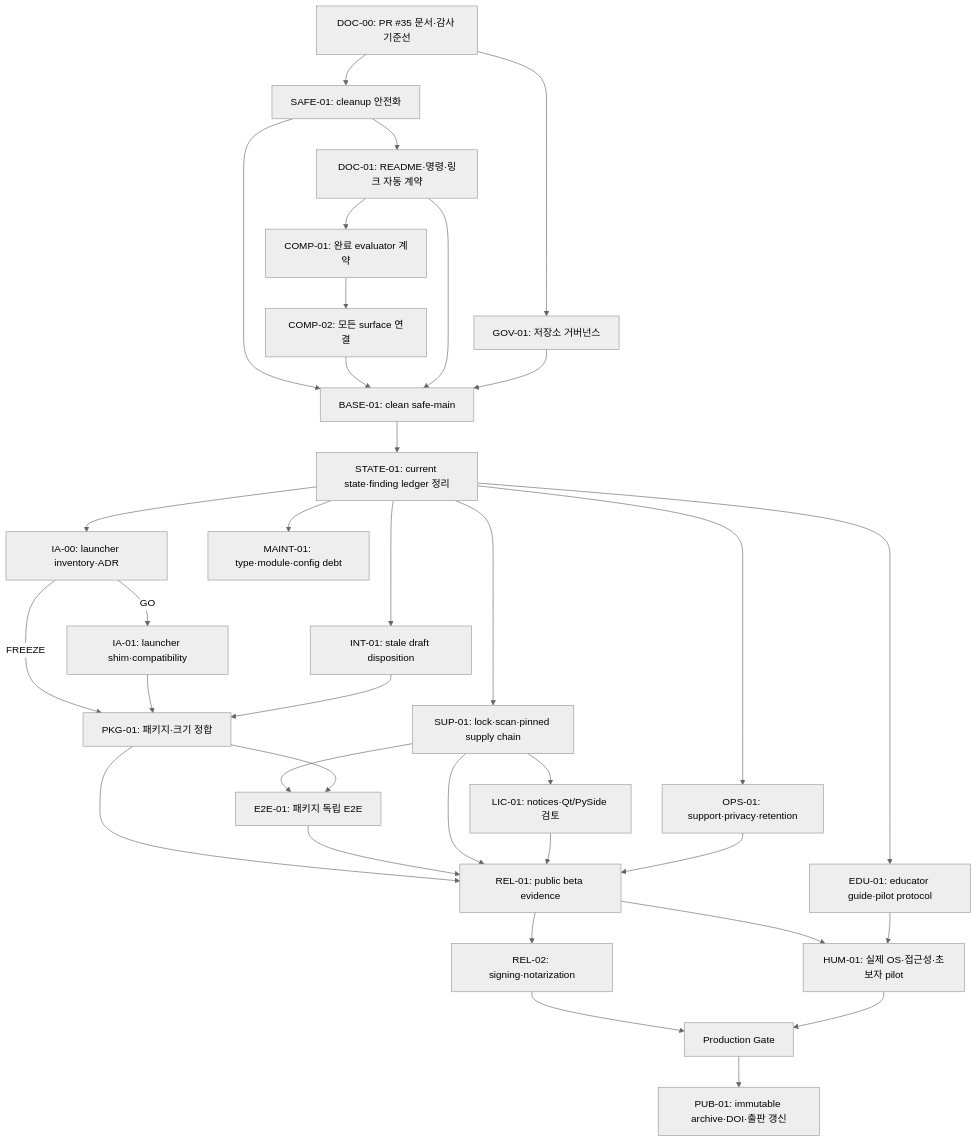
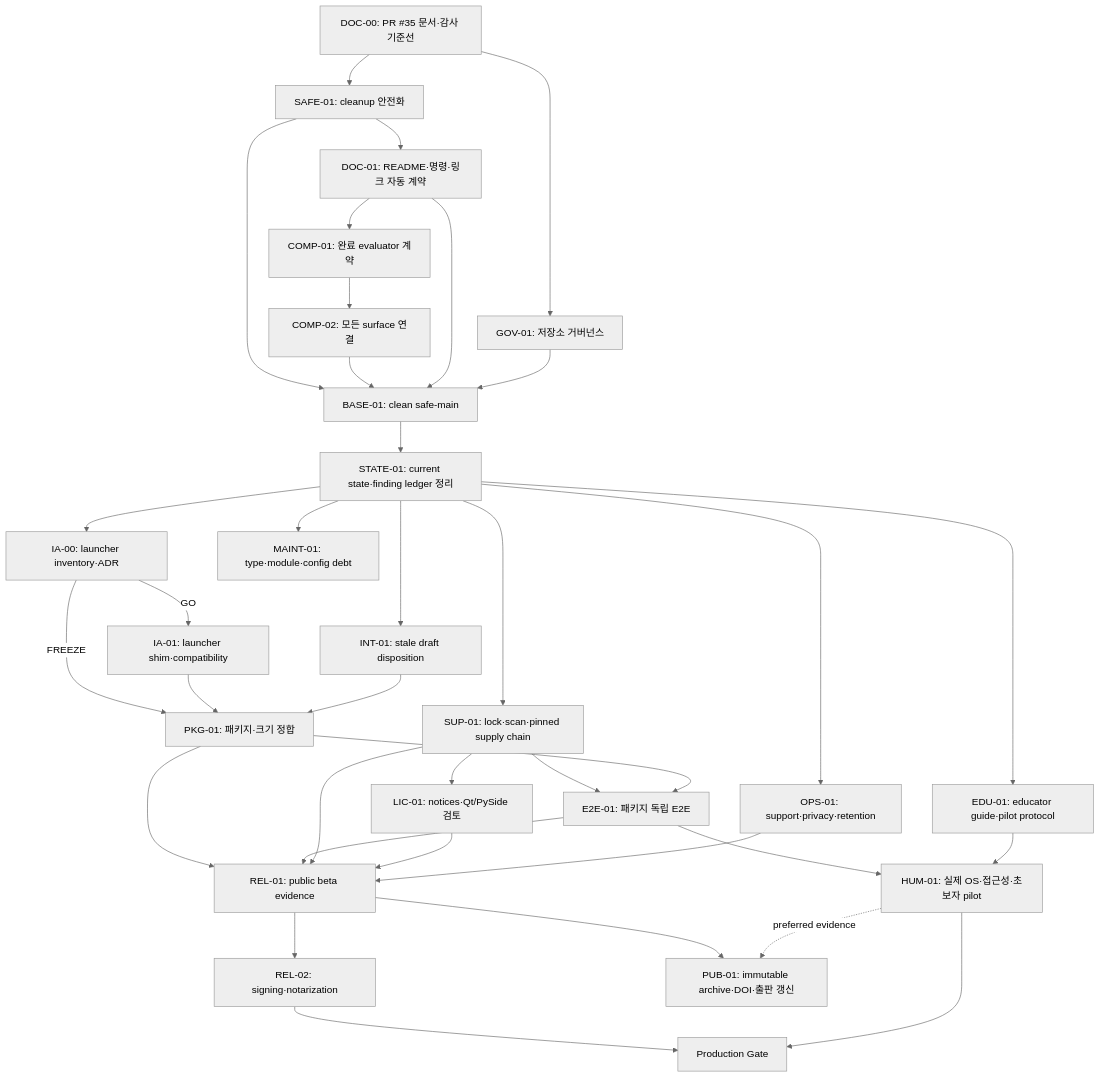
The diagram in .agents/READINESS_EXECUTION_PLAN.md (ycpiglet/manipulator-control-tutorial), drawn with Mermaid (neutral theme) before and after one commit. The commit also changed other lines of this file and 6 other files, not shown here.

````diff
--- a/.agents/READINESS_EXECUTION_PLAN.md
+++ b/.agents/READINESS_EXECUTION_PLAN.md
@@ -276,37 +294,38 @@
 ```mermaid
 flowchart TD
     D[DOC-00: PR #35 문서·감사 기준선] --> S1[SAFE-01: cleanup 안전화]
     S1 --> DC[DOC-01: README·명령·링크 자동 계약]
     DC --> C1[COMP-01: 완료 evaluator 계약]
     C1 --> C2[COMP-02: 모든 surface 연결]
     D --> G[GOV-01: 저장소 거버넌스]
     S1 --> B[BASE-01: clean safe-main]
     C2 --> B
     DC --> B
     G --> B
     B --> ST[STATE-01: current state·finding ledger 정리]
     ST --> I0[IA-00: launcher inventory·ADR]
     I0 -->|GO| I[IA-01: launcher shim·compatibility]
     I0 -->|FREEZE| P[PKG-01: 패키지·크기 정합]
     I --> P
     ST --> N[INT-01: stale draft disposition]
     N --> P
     ST --> C[SUP-01: lock·scan·pinned supply chain]
     C --> L[LIC-01: notices·Qt/PySide 검토]
     C --> E[E2E-01: 패키지 독립 E2E]
     P --> E
     ST --> O[OPS-01: support·privacy·retention]
     ST --> ED[EDU-01: educator guide·pilot protocol]
     P --> PB[REL-01: public beta evidence]
     E --> PB
     C --> PB
     L --> PB
     O --> PB
     PB --> SGN[REL-02: signing·notarization]
-    PB --> H[HUM-01: 실제 OS·접근성·초보자 pilot]
+    E --> H[HUM-01: 실제 OS·접근성·초보자 pilot]
     ED --> H
     SGN --> PROD[Production Gate]
     H --> PROD
-    PROD --> PUB[PUB-01: immutable archive·DOI·출판 갱신]
+    PB --> PUB[PUB-01: immutable archive·DOI·출판 갱신]
+    H -. preferred evidence .-> PUB
     ST --> M[MAINT-01: type·module·config debt]
 ```
````
